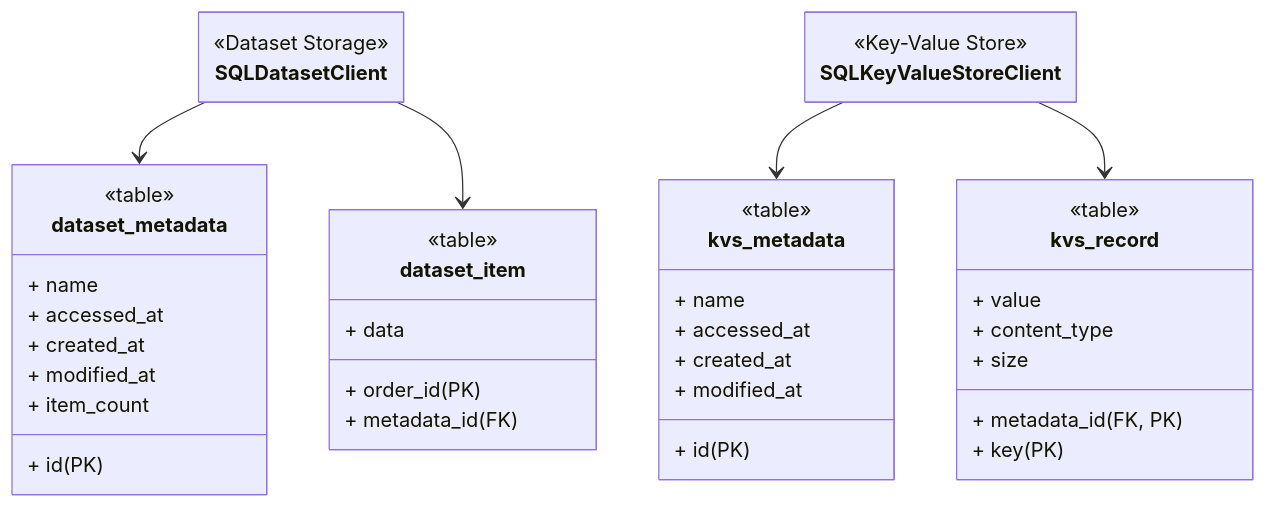
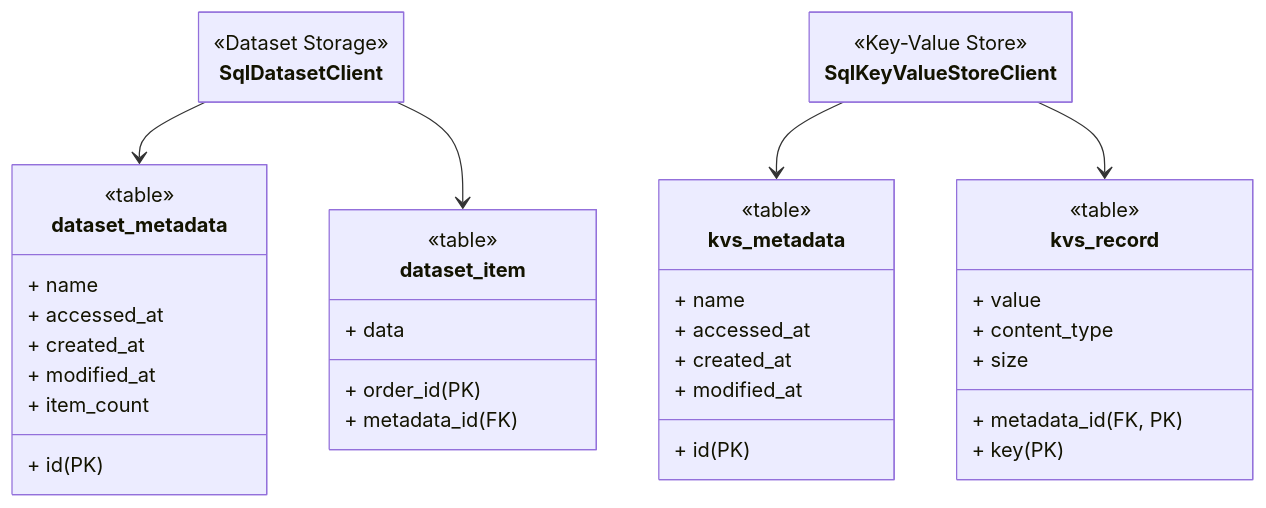
The second of 3 diagrams in docs/guides/storage_clients.mdx (apify/crawlee-python), drawn with Mermaid before and after one commit. The commit also changed other lines of this file and 15 other files, not shown here.

````diff
--- a/docs/guides/storage_clients.mdx
+++ b/docs/guides/storage_clients.mdx
@@ -151,74 +151,74 @@
 ```mermaid
 ---
 config:
     class:
         hideEmptyMembersBox: true
 ---
 
 classDiagram
 
 %% ========================
 %% Storage Clients
 %% ========================
 
-class SQLDatasetClient {
+class SqlDatasetClient {
     <<Dataset Storage>>
 }
 
-class SQLKeyValueStoreClient {
+class SqlKeyValueStoreClient {
     <<Key-Value Store>>
 }
 
 %% ========================
 %% Dataset Tables
 %% ========================
 
 class dataset_metadata {
     <<table>>
     + id (PK)
     + name
     + accessed_at
     + created_at
     + modified_at
     + item_count
 }
 
 class dataset_item {
     <<table>>
     + order_id (PK)
     + metadata_id (FK)
     + data
 }
 
 %% ========================
 %% Key-Value Store Tables
 %% ========================
 
 class kvs_metadata {
     <<table>>
     + id (PK)
     + name
     + accessed_at
     + created_at
     + modified_at
 }
 
 class kvs_record {
     <<table>>
     + metadata_id (FK, PK)
     + key (PK)
     + value
     + content_type
     + size
 }
 
 %% ========================
 %% Client to Table arrows
 %% ========================
 
-SQLDatasetClient --> dataset_metadata
-SQLDatasetClient --> dataset_item
+SqlDatasetClient --> dataset_metadata
+SqlDatasetClient --> dataset_item
 
-SQLKeyValueStoreClient --> kvs_metadata
-SQLKeyValueStoreClient --> kvs_record
+SqlKeyValueStoreClient --> kvs_metadata
+SqlKeyValueStoreClient --> kvs_record
 ```
````
